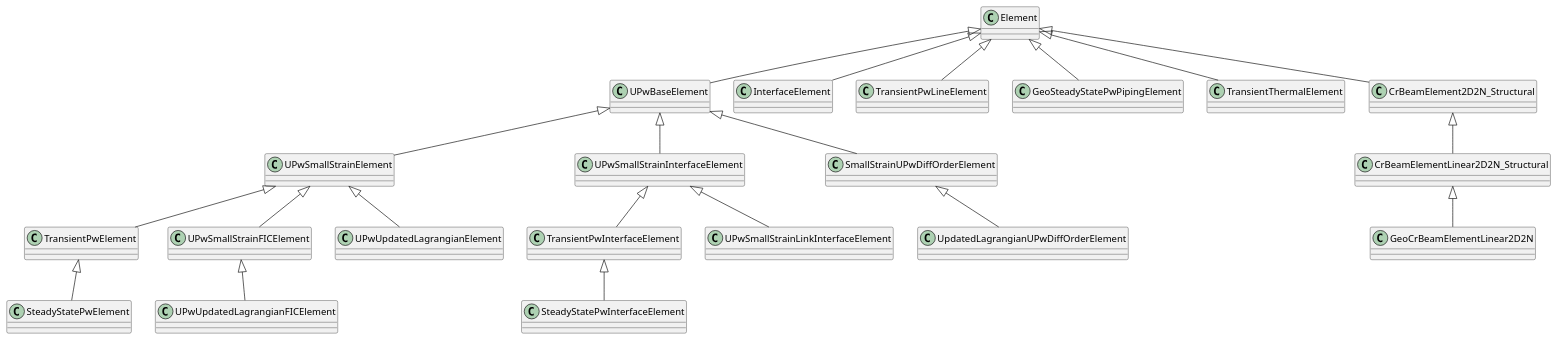
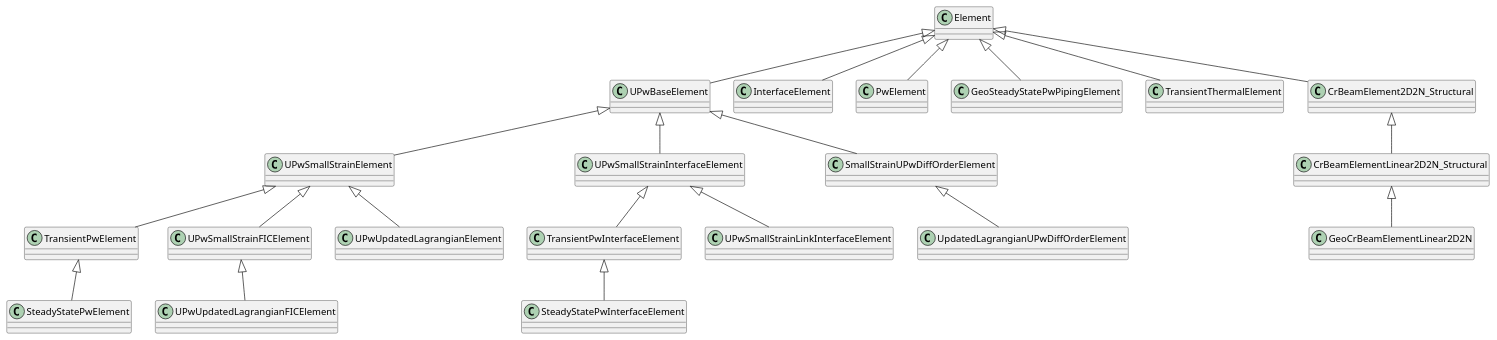
The diagram in applications/GeoMechanicsApplication/custom_elements/element_hierarchy.puml (KratosMultiphysics/Kratos), drawn with PlantUML before and after one commit. The commit also changed 38 other files, not shown here.

First line of the commit message:
[GeoMechanicsApplication] Extend TransientPwLineElement functionality to cover TransientPwElement (#13456)

```diff
--- a/applications/GeoMechanicsApplication/custom_elements/element_hierarchy.puml
+++ b/applications/GeoMechanicsApplication/custom_elements/element_hierarchy.puml
@@ -1,68 +1,68 @@
 @startuml
 'https://plantuml.com/class-diagram
 
 class Element
 
 'UPW
 class UPwBaseElement
 
 class UPwSmallStrainElement
 class TransientPwElement
 class SteadyStatePwElement
 class UPwSmallStrainFICElement
 class UPwUpdatedLagrangianFICElement
 class UPwUpdatedLagrangianElement
 
 class UPwSmallStrainInterfaceElement
 class TransientPwInterfaceElement
 class SteadyStatePwInterfaceElement
 class UPwSmallStrainLinkInterfaceElement
 
 Element <|-- UPwBaseElement
 UPwBaseElement <|-- UPwSmallStrainElement
 
 UPwSmallStrainElement <|-- TransientPwElement
 TransientPwElement <|-- SteadyStatePwElement
 UPwSmallStrainElement <|-- UPwSmallStrainFICElement
 UPwSmallStrainFICElement <|-- UPwUpdatedLagrangianFICElement
 UPwSmallStrainElement <|-- UPwUpdatedLagrangianElement
 
 '
 '
 'Diff Order
 class SmallStrainUPwDiffOrderElement
 class UpdatedLagrangianUPwDiffOrderElement
 
 UPwBaseElement <|-- SmallStrainUPwDiffOrderElement
 SmallStrainUPwDiffOrderElement <|-- UpdatedLagrangianUPwDiffOrderElement
 
 UPwBaseElement <|-- UPwSmallStrainInterfaceElement
 UPwSmallStrainInterfaceElement <|-- TransientPwInterfaceElement
 TransientPwInterfaceElement <|-- SteadyStatePwInterfaceElement
 UPwSmallStrainInterfaceElement <|-- UPwSmallStrainLinkInterfaceElement
 
 class InterfaceElement
 Element <|-- InterfaceElement
 
 'Pw Elements
-class TransientPwLineElement
+class PwElement
 class GeoSteadyStatePwPipingElement
 
-Element <|-- TransientPwLineElement
+Element <|-- PwElement
 Element <|-- GeoSteadyStatePwPipingElement
 
 ''Thermal
 class TransientThermalElement
 Element <|-- TransientThermalElement
 '
 '
 'Structural
 class CrBeamElement2D2N_Structural
 class CrBeamElementLinear2D2N_Structural
 class GeoCrBeamElementLinear2D2N
 
 Element <|-- CrBeamElement2D2N_Structural
 CrBeamElement2D2N_Structural <|-- CrBeamElementLinear2D2N_Structural
 CrBeamElementLinear2D2N_Structural <|-- GeoCrBeamElementLinear2D2N
 
 @enduml
```
